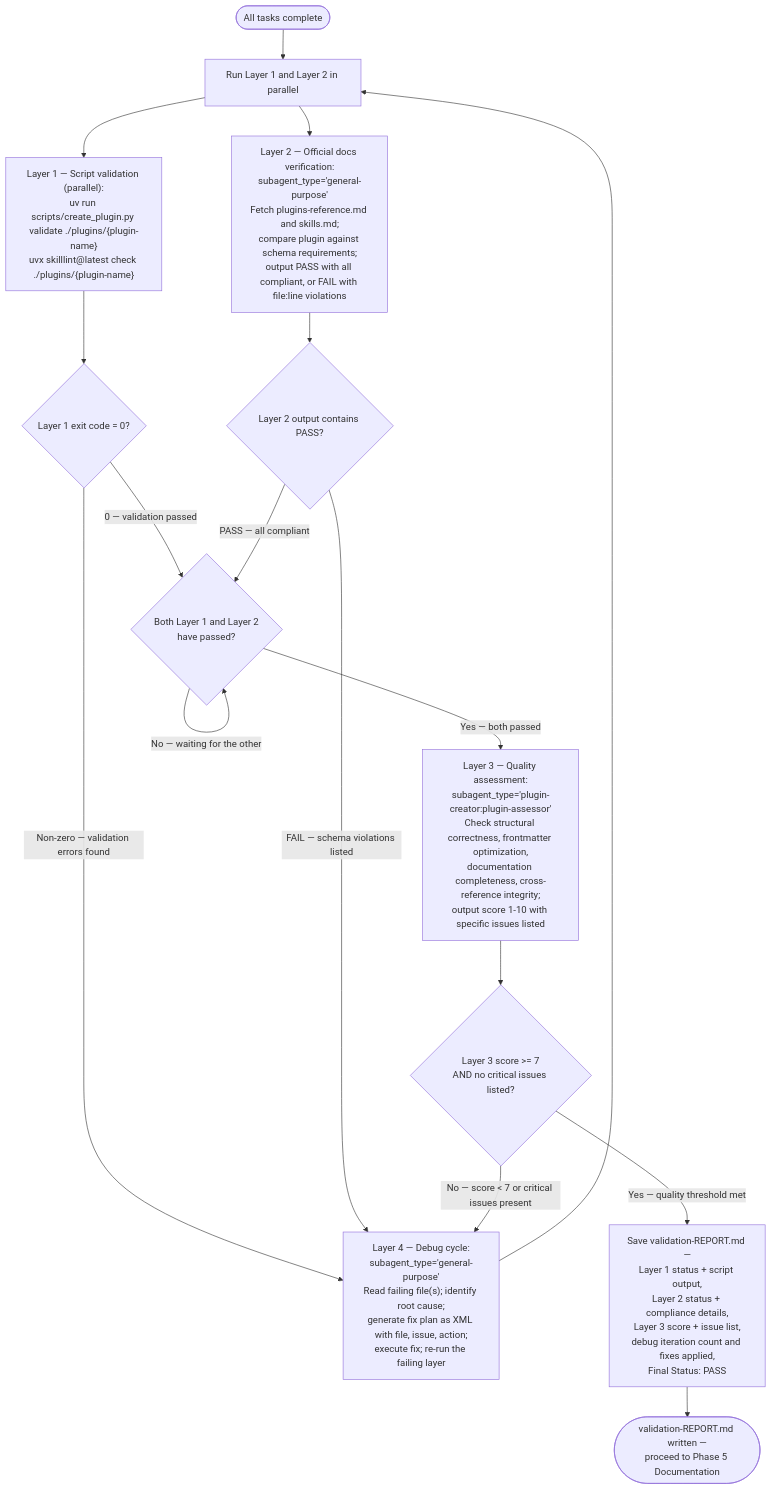
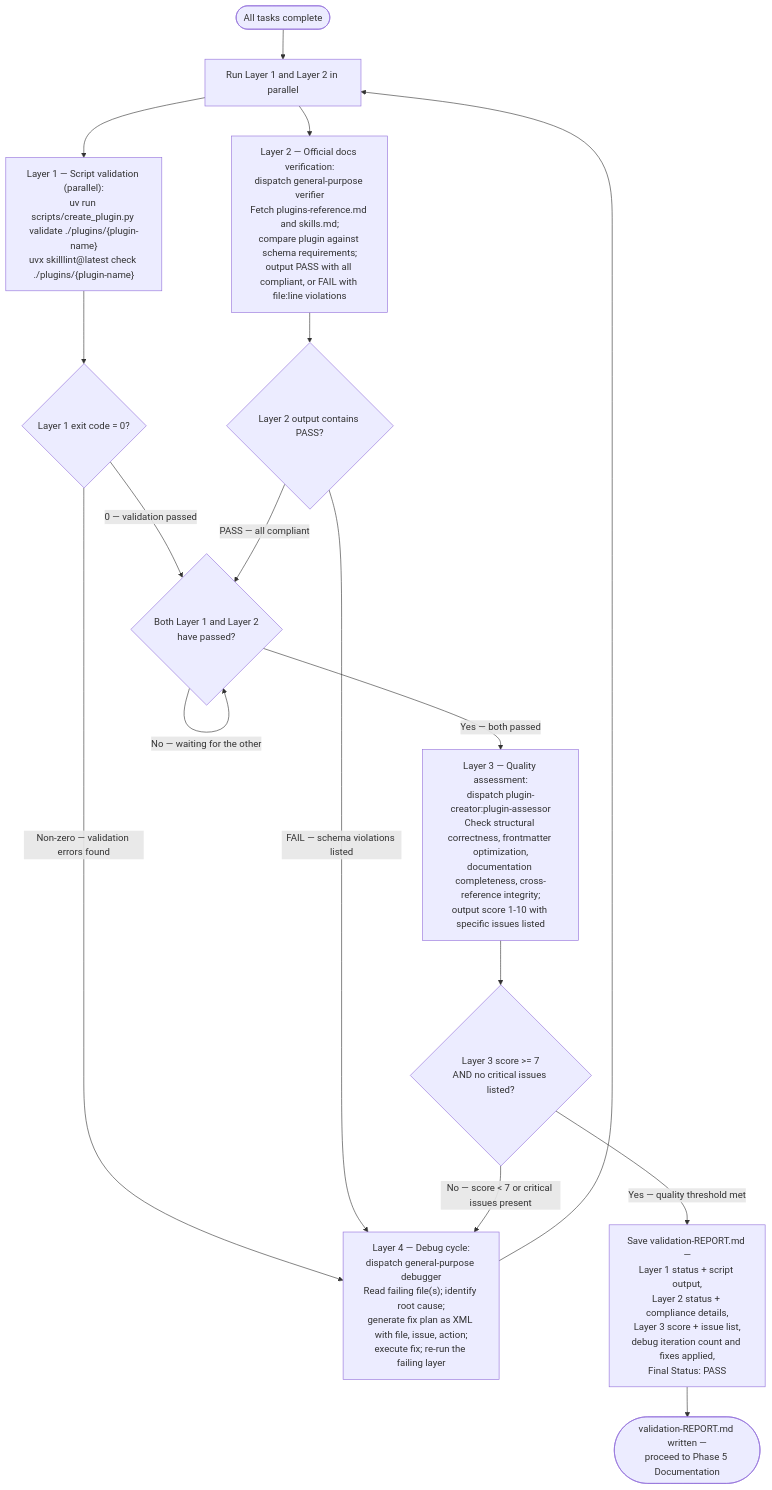
The seventh of 12 diagrams in plugins/plugin-creator/skills/plugin-creator/references/workflow-diagram.md (Jamie-BitFlight/claude_skills), drawn with Mermaid before and after one commit. The commit also changed other lines of this file and 84 other files, not shown here.

Commit message:
refactor(plugin-creator): trim agent guidance

````diff
--- a/plugins/plugin-creator/skills/plugin-creator/references/workflow-diagram.md
+++ b/plugins/plugin-creator/skills/plugin-creator/references/workflow-diagram.md
@@ -154,32 +154,32 @@
 ```mermaid
 flowchart TD
     Start(["All tasks complete"]) --> L1L2["Run Layer 1 and Layer 2 in parallel"]
 
     L1L2 --> L1["Layer 1 — Script validation (parallel):<br>uv run scripts/create_plugin.py validate ./plugins/{plugin-name}<br>uvx skilllint@latest check ./plugins/{plugin-name}"]
 
-    L1L2 --> L2["Layer 2 — Official docs verification:<br>subagent_type='general-purpose'<br>Fetch plugins-reference.md and skills.md;<br>compare plugin against schema requirements;<br>output PASS with all compliant, or FAIL with file:line violations"]
+    L1L2 --> L2["Layer 2 — Official docs verification:<br>dispatch general-purpose verifier<br>Fetch plugins-reference.md and skills.md;<br>compare plugin against schema requirements;<br>output PASS with all compliant, or FAIL with file:line violations"]
 
     L1 --> L1Q{"Layer 1 exit code = 0?"}
     L2 --> L2Q{"Layer 2 output contains PASS?"}
 
     L1Q -->|"Non-zero — validation errors found"| Debug
     L2Q -->|"FAIL — schema violations listed"| Debug
 
     L1Q -->|"0 — validation passed"| L3Wait
     L2Q -->|"PASS — all compliant"| L3Wait
 
     L3Wait{"Both Layer 1 and Layer 2<br>have passed?"}
     L3Wait -->|"No — waiting for the other"| L3Wait
     L3Wait -->|"Yes — both passed"| L3
 
-    L3["Layer 3 — Quality assessment:<br>subagent_type='plugin-creator:plugin-assessor'<br>Check structural correctness, frontmatter optimization,<br>documentation completeness, cross-reference integrity;<br>output score 1-10 with specific issues listed"]
+    L3["Layer 3 — Quality assessment:<br>dispatch plugin-creator:plugin-assessor<br>Check structural correctness, frontmatter optimization,<br>documentation completeness, cross-reference integrity;<br>output score 1-10 with specific issues listed"]
 
     L3 --> L3Q{"Layer 3 score >= 7<br>AND no critical issues listed?"}
     L3Q -->|"No — score < 7 or critical issues present"| Debug
 
     L3Q -->|"Yes — quality threshold met"| SaveReport["Save validation-REPORT.md —<br>Layer 1 status + script output,<br>Layer 2 status + compliance details,<br>Layer 3 score + issue list,<br>debug iteration count and fixes applied,<br>Final Status: PASS"]
     SaveReport --> Done(["validation-REPORT.md written —<br>proceed to Phase 5 Documentation"])
 
-    Debug["Layer 4 — Debug cycle:<br>subagent_type='general-purpose'<br>Read failing file(s); identify root cause;<br>generate fix plan as XML with file, issue, action;<br>execute fix; re-run the failing layer"]
+    Debug["Layer 4 — Debug cycle:<br>dispatch general-purpose debugger<br>Read failing file(s); identify root cause;<br>generate fix plan as XML with file, issue, action;<br>execute fix; re-run the failing layer"]
     Debug --> L1L2
 ```
````
